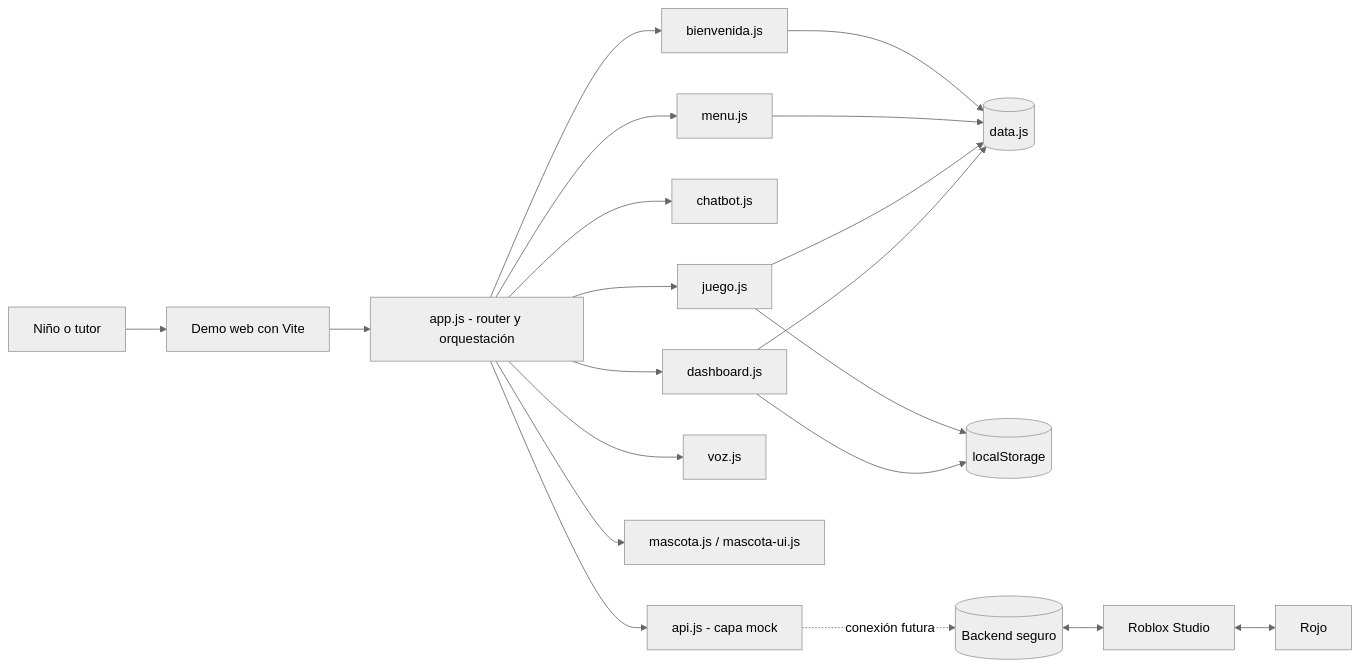
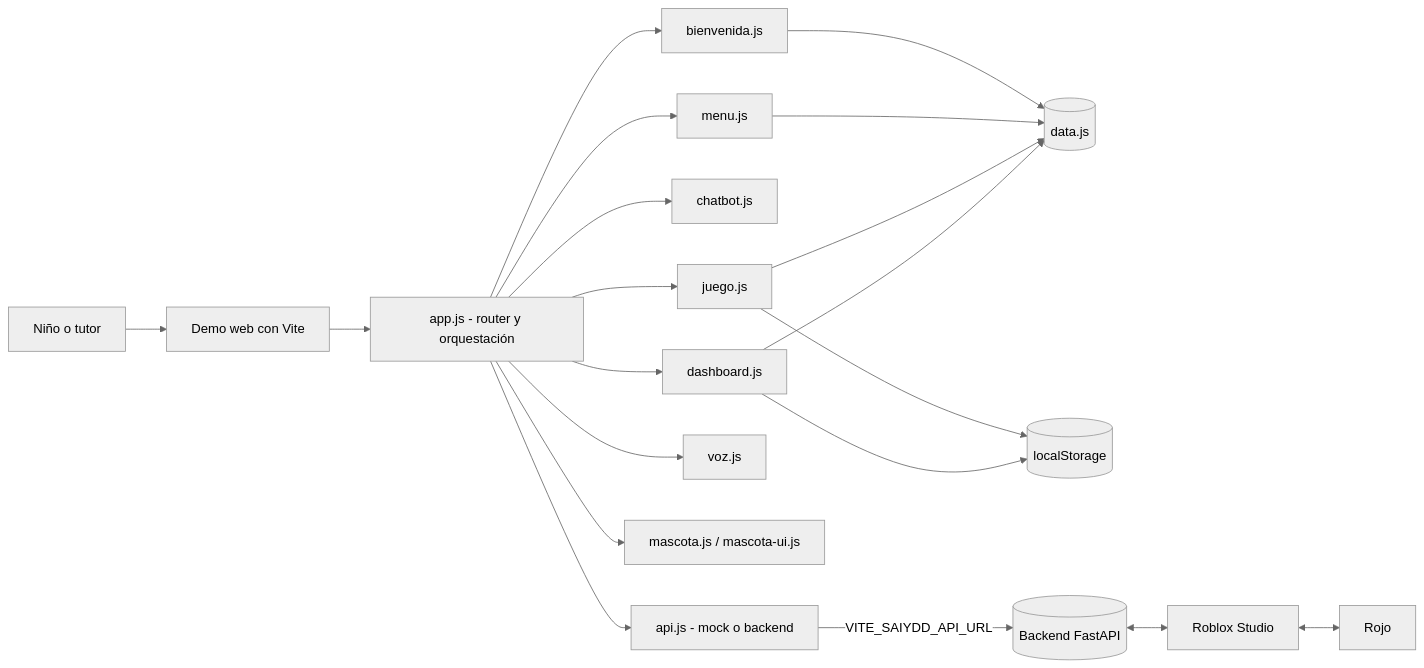
The first of 3 diagrams in README.md (gproatechnology/GProA_SAIyDD), drawn with Mermaid (neutral theme) before and after one commit. The commit also changed other lines of this file and 11 other files, not shown here.

````diff
--- a/README.md
+++ b/README.md
@@ -22,22 +22,22 @@
 ```mermaid
 flowchart LR
     U[Niño o tutor] --> W[Demo web con Vite]
     W --> A[app.js - router y orquestación]
     A --> B[bienvenida.js]
     A --> M[menu.js]
     A --> C[chatbot.js]
     A --> J[juego.js]
     A --> G[dashboard.js]
     A --> V[voz.js]
     A --> P[mascota.js / mascota-ui.js]
     B --> D[(data.js)]
     M --> D
     J --> D
     G --> D
     J --> L[(localStorage)]
     G --> L
-    A --> API[api.js - capa mock]
-    API -. conexión futura .-> BE[(Backend seguro)]
+    A --> API[api.js - mock o backend]
+    API -- VITE_SAIYDD_API_URL --> BE[(Backend FastAPI)]
     BE <--> R[Roblox Studio]
     R <--> ROJO[Rojo]
 ```
````
